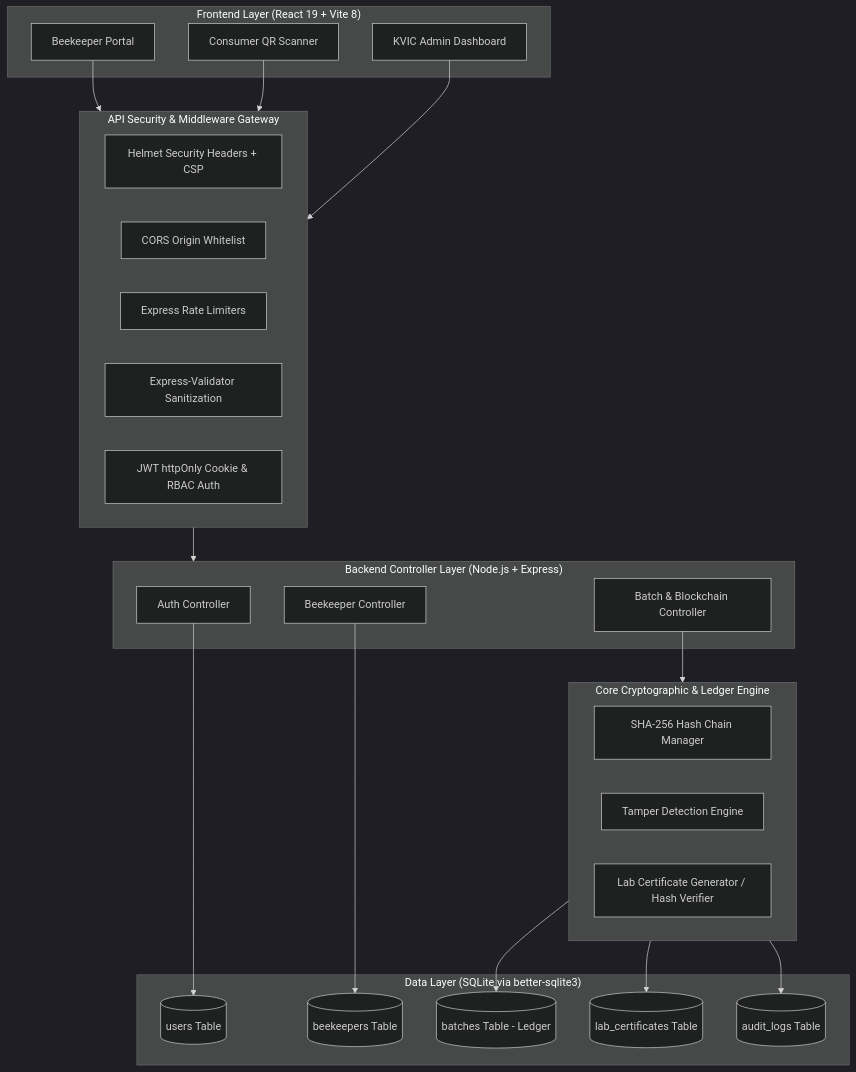
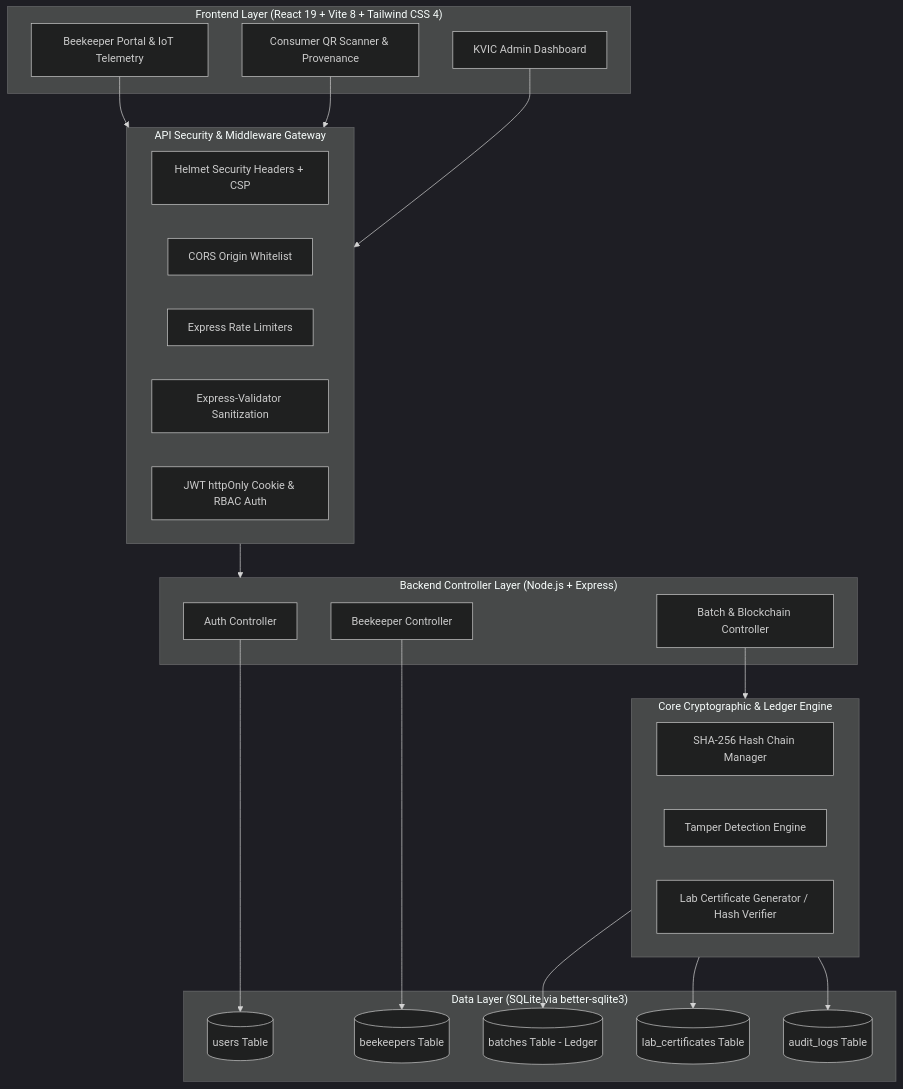
One commit to hemanthrao-dev/honey-chain changed the diagram in README.md. Above: the diagram before and after it, drawn with Mermaid (dark theme). The commit also changed other lines of this file and 2 other files, not shown here.

First line of the commit message:
docs: update README with full architecture, tech stack, and API docs

````diff
--- a/README.md
+++ b/README.md
@@ -23,43 +24,43 @@
 ```mermaid
 flowchart TD
-    subgraph Client["Frontend Layer (React 19 + Vite 8)"]
-        A1[Beekeeper Portal]
-        A2[Consumer QR Scanner]
+    subgraph Client["Frontend Layer (React 19 + Vite 8 + Tailwind CSS 4)"]
+        A1[Beekeeper Portal & IoT Telemetry]
+        A2[Consumer QR Scanner & Provenance]
         A3[KVIC Admin Dashboard]
     end
 
     subgraph Security["API Security & Middleware Gateway"]
         M1[Helmet Security Headers + CSP]
         M2[CORS Origin Whitelist]
         M3[Express Rate Limiters]
         M4[Express-Validator Sanitization]
         M5[JWT httpOnly Cookie & RBAC Auth]
     end
 
     subgraph Backend["Backend Controller Layer (Node.js + Express)"]
         C1[Auth Controller]
         C2[Beekeeper Controller]
         C3[Batch & Blockchain Controller]
     end
 
     subgraph Core["Core Cryptographic & Ledger Engine"]
         L1[SHA-256 Hash Chain Manager]
         L2[Tamper Detection Engine]
         L3[Lab Certificate Generator / Hash Verifier]
     end
 
     subgraph Storage["Data Layer (SQLite via better-sqlite3)"]
         D1[(users Table)]
         D2[(beekeepers Table)]
         D3[(batches Table - Ledger)]
         D4[(lab_certificates Table)]
         D5[(audit_logs Table)]
     end
 
     A1 & A2 & A3 --> Security
     Security --> Backend
     C1 --> D1
     C2 --> D2
     C3 --> Core
     Core --> D3 & D4 & D5
 ```
````
